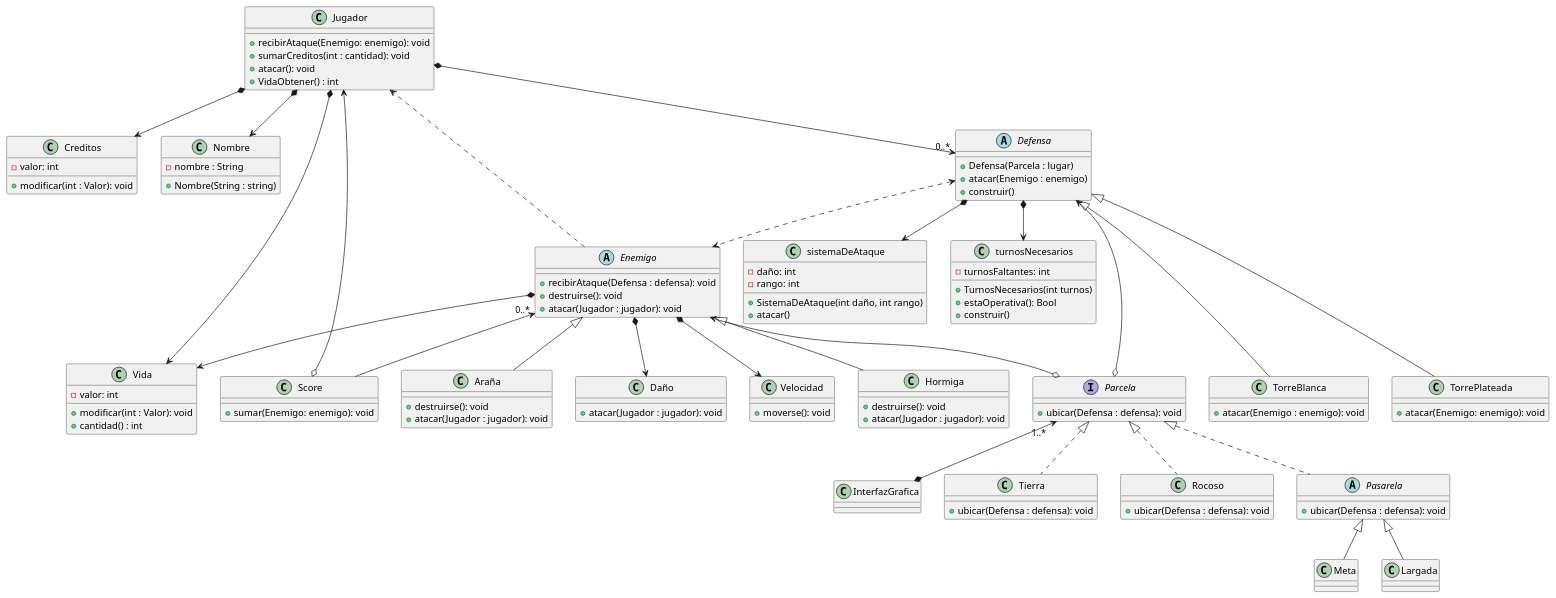
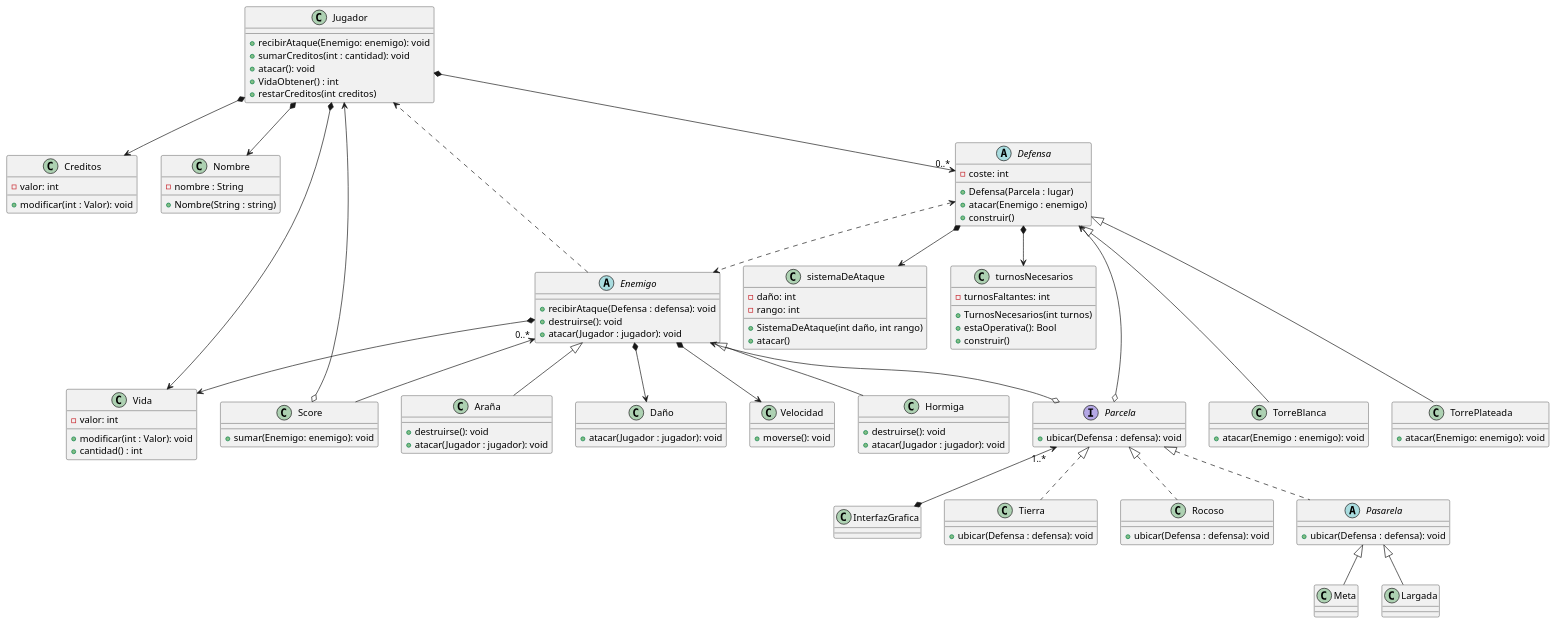
One commit to franzimbi/algo3_tp2 changed the diagram in diagrams/classes/diagrama_de_clase_tentativo.puml. Above: the diagram before and after it, drawn with PlantUML. The commit also changed 9 other files, not shown here.

Commit message:
update: test03 entrega1 y plant uml

```diff
--- a/diagrams/classes/diagrama_de_clase_tentativo.puml
+++ b/diagrams/classes/diagrama_de_clase_tentativo.puml
@@ -1,138 +1,140 @@
 @startuml
 'https://plantuml.com/class-diagram
 
 class Jugador {
     +recibirAtaque(Enemigo: enemigo): void
     +sumarCreditos(int : cantidad): void
     +atacar(): void
     +VidaObtener() : int
+    +restarCreditos(int creditos)
 }
 
 class Creditos {
     -valor: int
     +modificar(int : Valor): void
 }
 
 class Nombre {
     -nombre : String
     +Nombre(String : string)
 }
 
 class Vida {
     -valor: int
     +modificar(int : Valor): void
     +cantidad() : int
 }
 
 class Score {
     +sumar(Enemigo: enemigo): void
 }
 
 abstract class Defensa {
+    -coste: int
     +Defensa(Parcela : lugar)
     +atacar(Enemigo : enemigo)
     +construir()
 }
 
 class sistemaDeAtaque{
     -daño: int
     -rango: int
     +SistemaDeAtaque(int daño, int rango)
     +atacar()
 }
 
 class turnosNecesarios{
     -turnosFaltantes: int
     +TurnosNecesarios(int turnos)
     +estaOperativa(): Bool
     +construir()
 }
 
 class TorreBlanca{
     +atacar(Enemigo : enemigo): void
 }
 
 class TorrePlateada{
     +atacar(Enemigo: enemigo): void
 }
 
 
 interface Parcela {
     +ubicar(Defensa : defensa): void
 }
 
 class InterfazGrafica {}
 
 class Tierra {
     +ubicar(Defensa : defensa): void
 }
 
 class Rocoso {
     +ubicar(Defensa : defensa): void
 }
 
 abstract class Pasarela {
     +ubicar(Defensa : defensa): void
 }
 
 class Meta {}
 class Largada {}
 
 abstract class Enemigo {
     +recibirAtaque(Defensa : defensa): void
     +destruirse(): void
     +atacar(Jugador : jugador): void
 }
 
 class Hormiga {
     +destruirse(): void
     +atacar(Jugador : jugador): void
 }
 
 class Araña {
     +destruirse(): void
     +atacar(Jugador : jugador): void
 }
 
 class Daño {
     +atacar(Jugador : jugador): void
 }
 
 class Velocidad {
     +moverse(): void
 }
 
 Jugador  *-->  Creditos
 Jugador  *-->  Nombre
 Jugador  *-->  Vida
 Jugador  *--> "0..*" Defensa
 Score  o-->  Jugador
 
 Defensa <|--- TorreBlanca
 Defensa <|--- TorrePlateada
 Defensa <..> Enemigo
 Defensa *--> sistemaDeAtaque
 Defensa *--> turnosNecesarios
 
 Parcela o--> Defensa
 Parcela "1..*" <--*  InterfazGrafica
 Parcela <|.. Tierra
 Parcela <|.. Rocoso
 Parcela <|.. Pasarela
 
 Pasarela <|-- Meta
 Pasarela <|-- Largada
 
 Enemigo <|-- Hormiga
 Enemigo <|-- Araña
 Enemigo *--> Daño
 Enemigo *--> Velocidad
 Enemigo "0..*" <--  Score
 Enemigo ..> Jugador
 Enemigo *--> Vida
 Enemigo <--o Parcela
 
 
 
 
 @enduml
```
